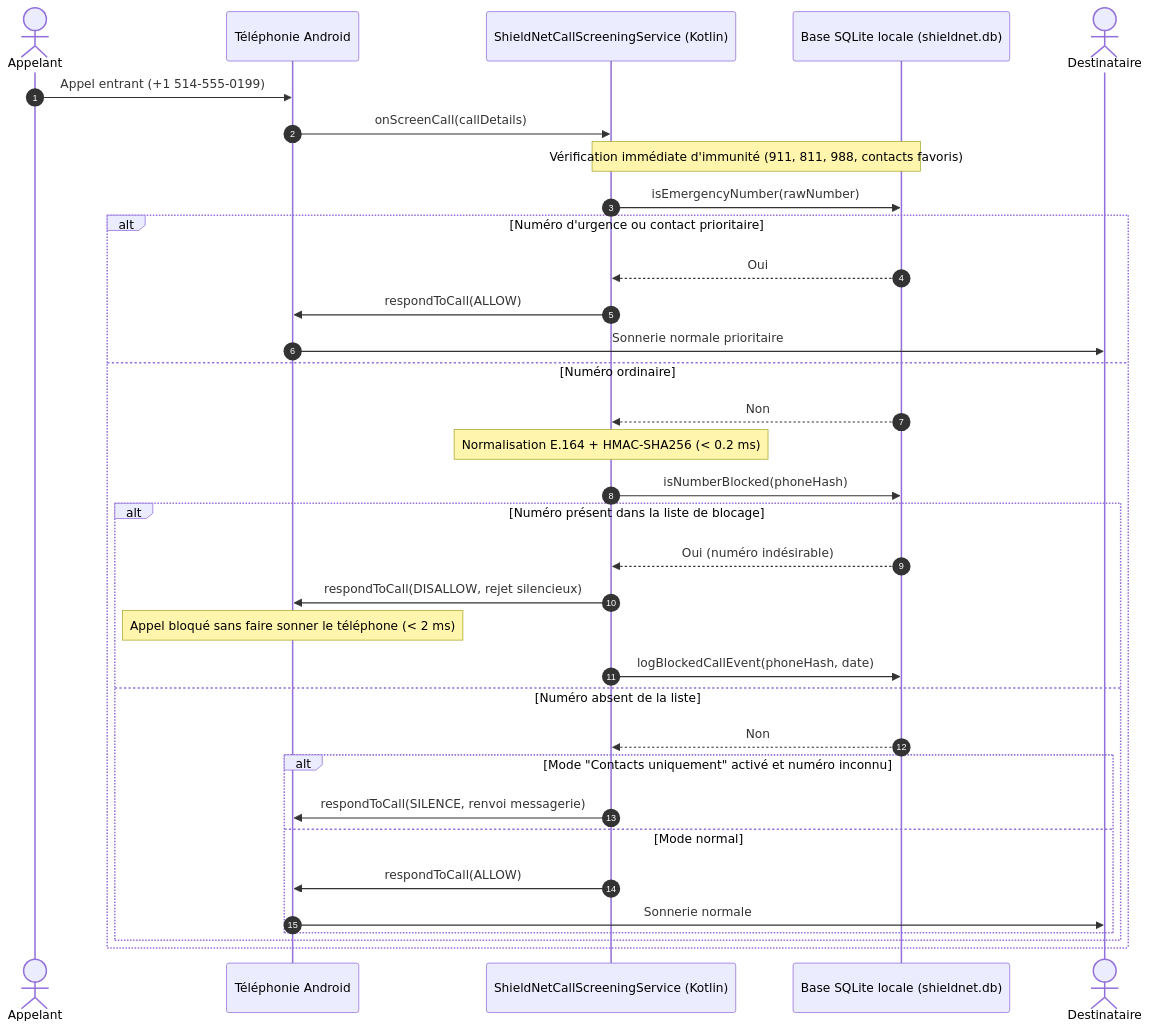
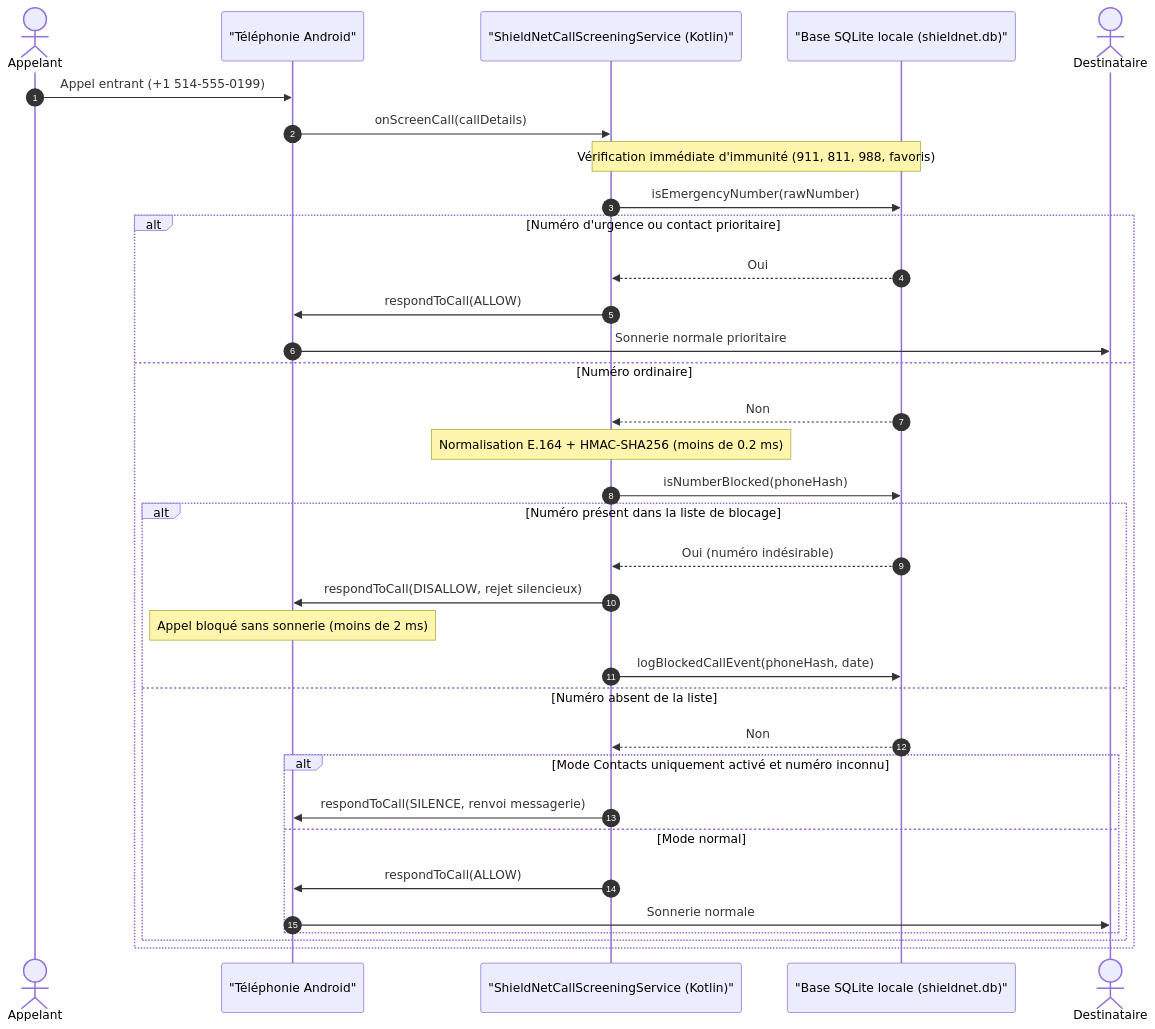
One commit to fadelilyas01/Projet_Synthese changed the fourth of 7 diagrams in docs/ARCHITECTURE_ET_CONCEPTION.md. Above: the diagram before and after it, drawn with Mermaid. The commit also changed other lines of this file and 19 other files, not shown here.

Commit message:
feat: add comprehensive features, pages, tests, and documentation for ShieldNet backend and mobile app

````diff
--- a/docs/ARCHITECTURE_ET_CONCEPTION.md
+++ b/docs/ARCHITECTURE_ET_CONCEPTION.md
@@ -252,43 +255,43 @@
 ```mermaid
 sequenceDiagram
     autonumber
     actor Appelant as Appelant
-    participant AndroidOS as Téléphonie Android
-    participant NativeService as ShieldNetCallScreeningService (Kotlin)
-    participant NativeDB as Base SQLite locale (shieldnet.db)
+    participant AndroidOS as "Téléphonie Android"
+    participant NativeService as "ShieldNetCallScreeningService (Kotlin)"
+    participant NativeDB as "Base SQLite locale (shieldnet.db)"
     actor Utilisateur as Destinataire
 
     Appelant->>AndroidOS: Appel entrant (+1 514-555-0199)
     AndroidOS->>NativeService: onScreenCall(callDetails)
     
     %% Contrôle de priorité absolue : urgences
-    Note over NativeService,NativeDB: Vérification immédiate d'immunité (911, 811, 988, contacts favoris)
+    Note over NativeService,NativeDB: Vérification immédiate d'immunité (911, 811, 988, favoris)
     NativeService->>NativeDB: isEmergencyNumber(rawNumber)
     alt Numéro d'urgence ou contact prioritaire
         NativeDB-->>NativeService: Oui
         NativeService->>AndroidOS: respondToCall(ALLOW)
         AndroidOS->>Utilisateur: Sonnerie normale prioritaire
     else Numéro ordinaire
         NativeDB-->>NativeService: Non
         
         %% Hachage et consultation de la liste
-        Note over NativeService: Normalisation E.164 + HMAC-SHA256 (< 0.2 ms)
+        Note over NativeService: Normalisation E.164 + HMAC-SHA256 (moins de 0.2 ms)
         NativeService->>NativeDB: isNumberBlocked(phoneHash)
         
         alt Numéro présent dans la liste de blocage
             NativeDB-->>NativeService: Oui (numéro indésirable)
             NativeService->>AndroidOS: respondToCall(DISALLOW, rejet silencieux)
-            Note over AndroidOS: Appel bloqué sans faire sonner le téléphone (< 2 ms)
+            Note over AndroidOS: Appel bloqué sans sonnerie (moins de 2 ms)
             NativeService->>NativeDB: logBlockedCallEvent(phoneHash, date)
         else Numéro absent de la liste
             NativeDB-->>NativeService: Non
             
-            alt Mode "Contacts uniquement" activé et numéro inconnu
+            alt Mode Contacts uniquement activé et numéro inconnu
                 NativeService->>AndroidOS: respondToCall(SILENCE, renvoi messagerie)
             else Mode normal
                 NativeService->>AndroidOS: respondToCall(ALLOW)
                 AndroidOS->>Utilisateur: Sonnerie normale
             end
         end
     end
 ```
````
